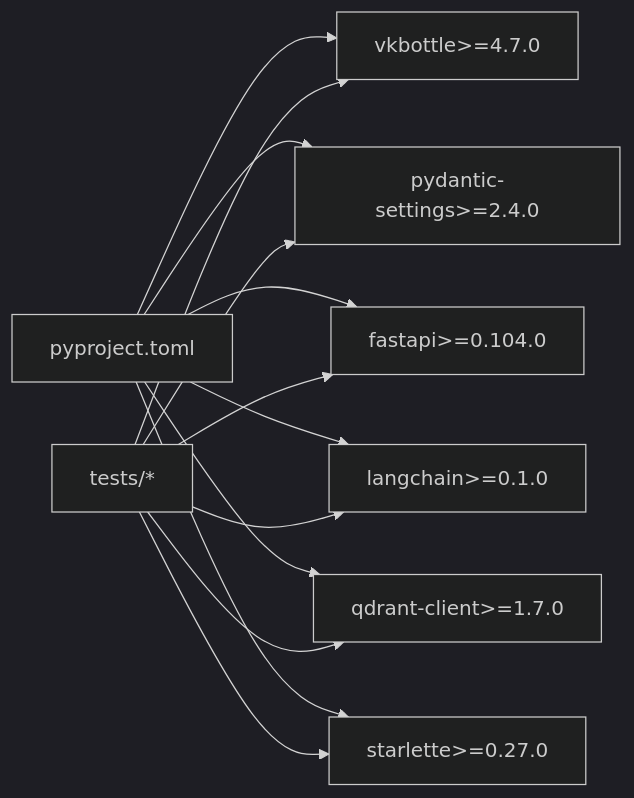
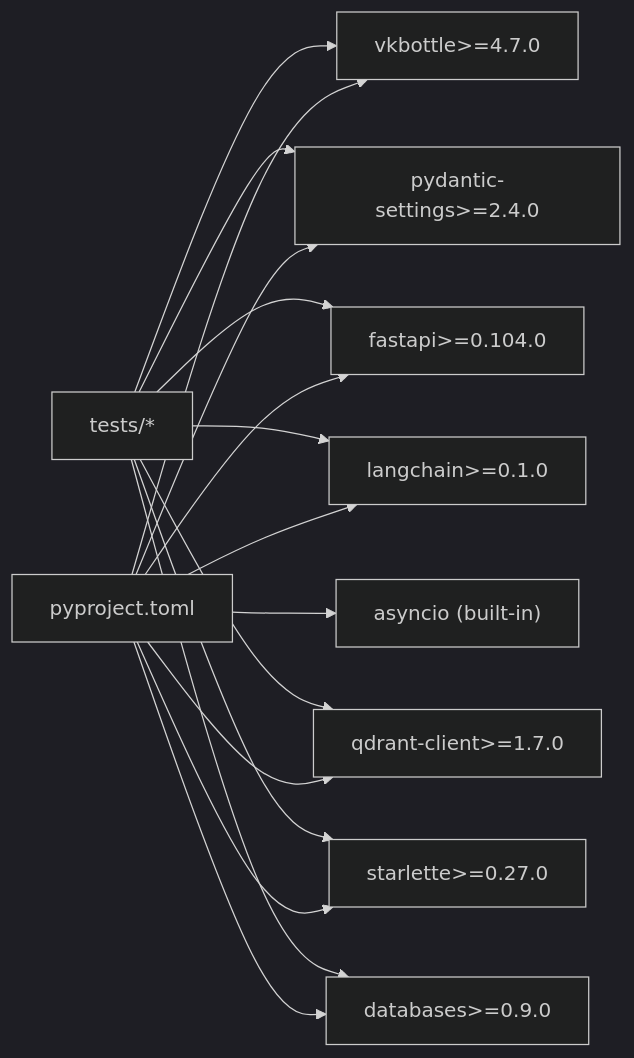
The seventh of 7 diagrams in .qoder/repowiki/en/content/API Reference/API Reference.md (ognelis/cafetera_hr_bot), drawn with Mermaid (dark theme) before and after one commit. The commit also changed other lines of this file and 25 other files, not shown here.

````diff
--- a/.qoder/repowiki/en/content/API Reference/API Reference.md
+++ b/.qoder/repowiki/en/content/API Reference/API Reference.md
@@ -609,15 +898,18 @@
 ```mermaid
 graph LR
 P["pyproject.toml"] --> V["vkbottle>=4.7.0"]
 P --> PS["pydantic-settings>=2.4.0"]
 P --> FA["fastapi>=0.104.0"]
 P --> LC["langchain>=0.1.0"]
 P --> QC["qdrant-client>=1.7.0"]
 P --> ST["starlette>=0.27.0"]
+P --> DB["databases>=0.9.0"]
+P --> AS["asyncio (built-in)"]
 T["tests/*"] --> V
 T --> PS
 T --> FA
 T --> LC
 T --> QC
 T --> ST
+T --> DB
 ```
````
